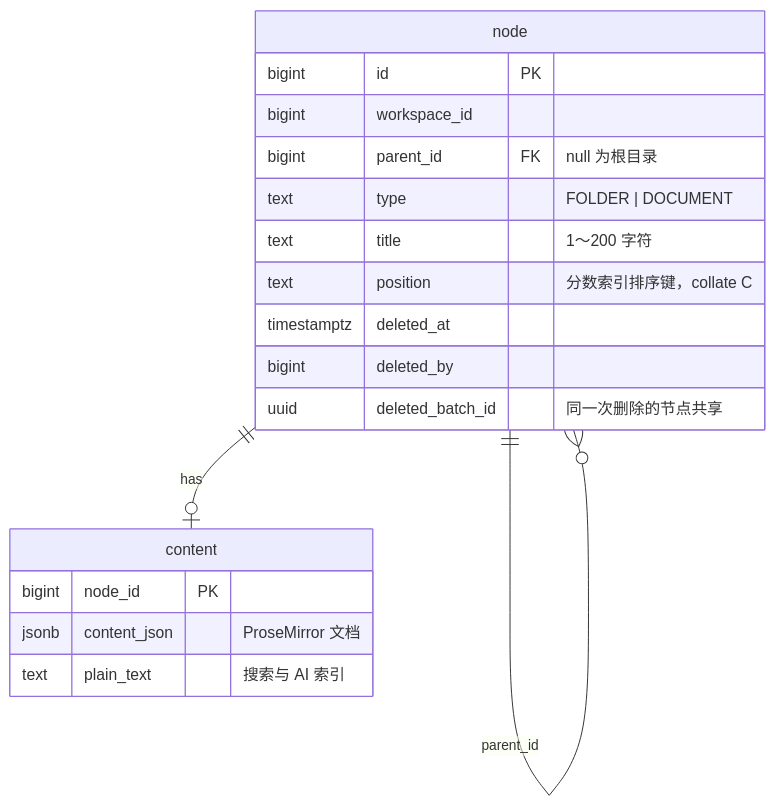
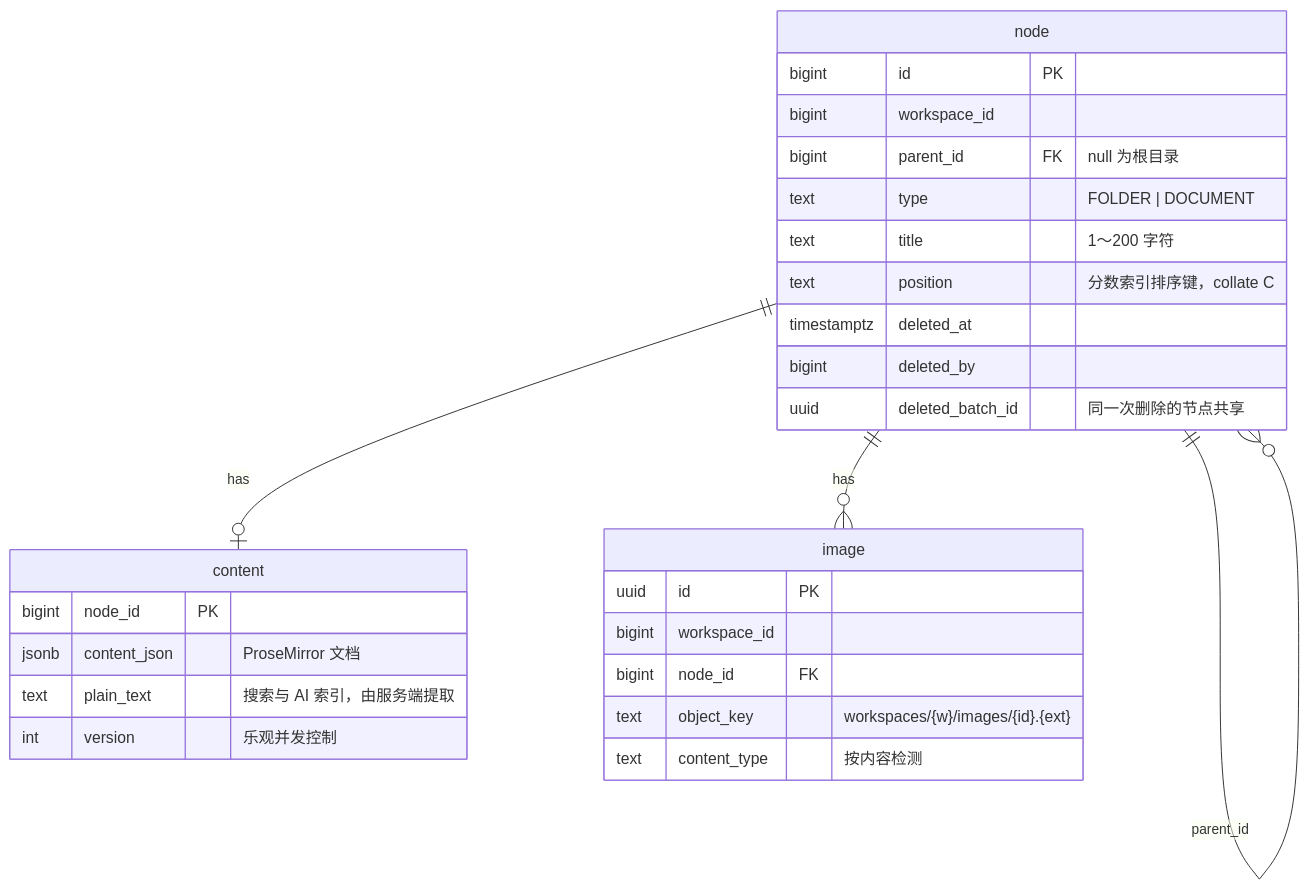
One commit to benhaooo/wenqu changed the first of 3 diagrams in docs/modules/document.md. Above: the diagram before and after it, drawn with Mermaid. The commit also changed other lines of this file and 54 other files, not shown here.

First line of the commit message:
feat(document): 块编辑器、图片上传与自动保存（1.4）

````diff
--- a/docs/modules/document.md
+++ b/docs/modules/document.md
@@ -12,21 +13,30 @@
 ```mermaid
 erDiagram
     node ||--o{ node : "parent_id"
     node ||--o| content : has
+    node ||--o{ image : has
     node {
         bigint id PK
         bigint workspace_id
         bigint parent_id FK "null 为根目录"
         text type "FOLDER | DOCUMENT"
         text title "1～200 字符"
         text position "分数索引排序键，collate C"
         timestamptz deleted_at
         bigint deleted_by
         uuid deleted_batch_id "同一次删除的节点共享"
     }
     content {
         bigint node_id PK
         jsonb content_json "ProseMirror 文档"
-        text plain_text "搜索与 AI 索引"
+        text plain_text "搜索与 AI 索引，由服务端提取"
+        int version "乐观并发控制"
+    }
+    image {
+        uuid id PK
+        bigint workspace_id
+        bigint node_id FK
+        text object_key "workspaces/{w}/images/{id}.{ext}"
+        text content_type "按内容检测"
     }
 ```
````
